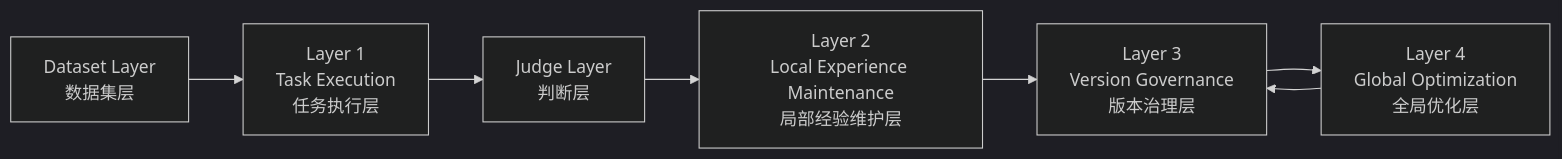
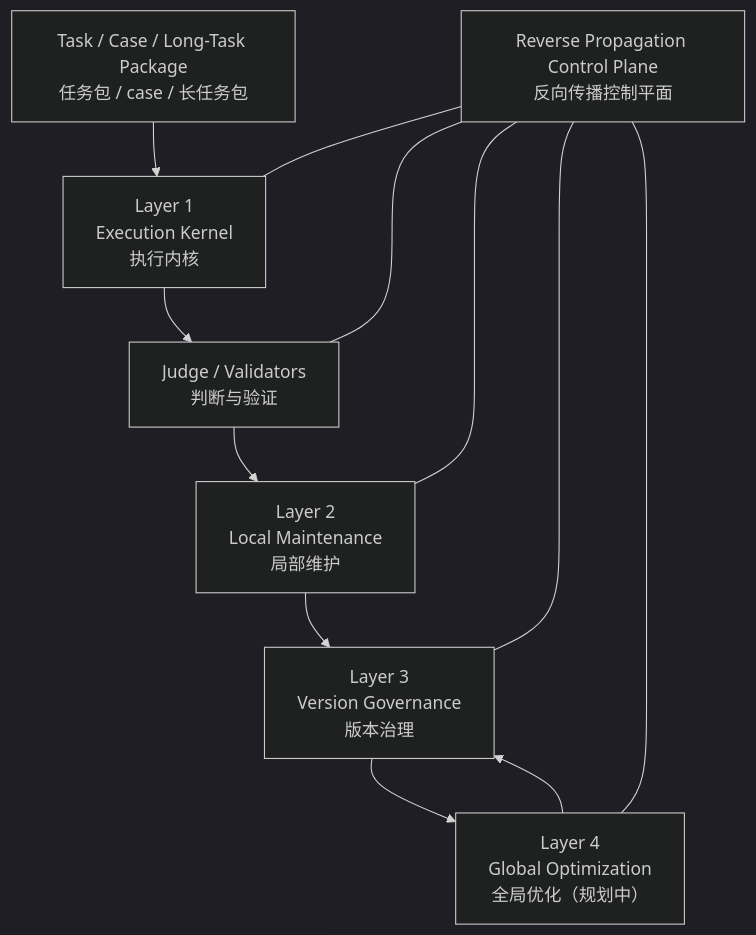
Before and after one commit to oooojsw/aev-task-adaptation: the diagram in progress-plan/系统总设计文档-全景版.md, drawn with Mermaid (dark theme). The commit also changed other lines of this file and 335 other files, not shown here.

````diff
--- a/progress-plan/系统总设计文档-全景版.md
+++ b/progress-plan/系统总设计文档-全景版.md
@@ -23,9 +38,14 @@
 ```mermaid
-flowchart LR
-  D["Dataset Layer\n数据集层"] --> L1["Layer 1\nTask Execution\n任务执行层"]
-  L1 --> J["Judge Layer\n判断层"]
-  J --> L2["Layer 2\nLocal Experience Maintenance\n局部经验维护层"]
-  L2 --> L3["Layer 3\nVersion Governance\n版本治理层"]
-  L4["Layer 4\nGlobal Optimization\n全局优化层"] --> L3
-  L3 --> L4
+flowchart TD
+    A["Task / Case / Long-Task Package<br/>任务包 / case / 长任务包"] --> B["Layer 1<br/>Execution Kernel<br/>执行内核"]
+    B --> C["Judge / Validators<br/>判断与验证"]
+    C --> D["Layer 2<br/>Local Maintenance<br/>局部维护"]
+    D --> E["Layer 3<br/>Version Governance<br/>版本治理"]
+    F["Layer 4<br/>Global Optimization<br/>全局优化（规划中）"] --> E
+    E --> F
+    G["Reverse Propagation Control Plane<br/>反向传播控制平面"] --- B
+    G --- C
+    G --- D
+    G --- E
+    G --- F
 ```
````
